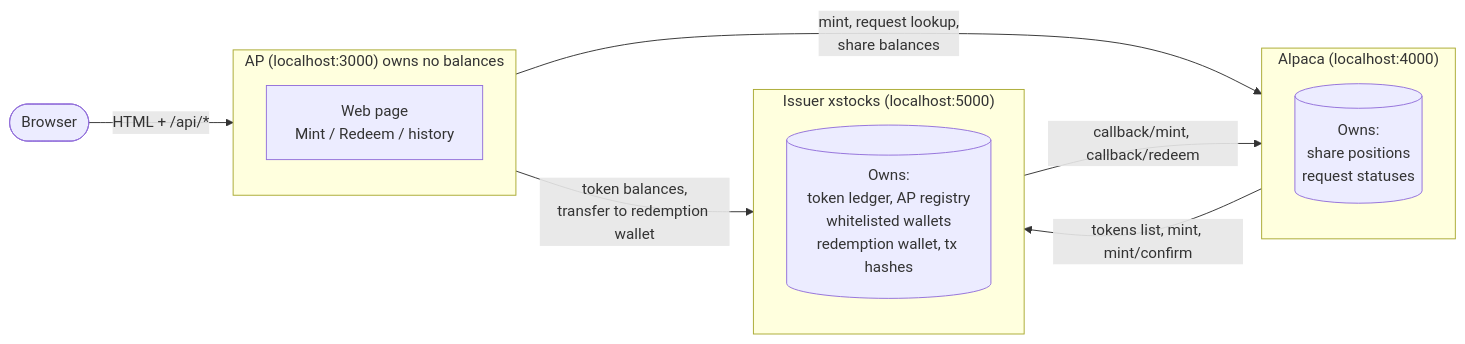
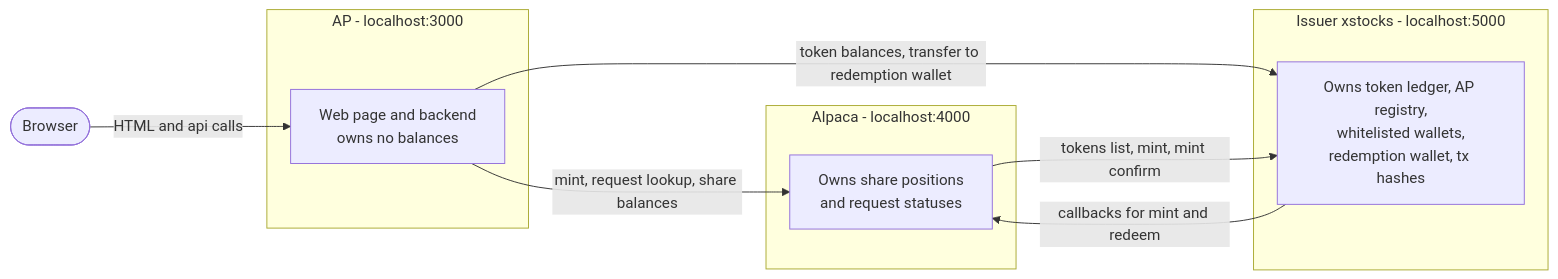
One commit to KarthikGandu/TOKKALABS changed the first of 5 diagrams in README.md. Above: the diagram before and after it, drawn with Mermaid.

Commit message:
docs: simplify architecture diagram so it renders on GitHub

````diff
--- a/README.md
+++ b/README.md
@@ -17,21 +17,22 @@
 ```mermaid
 flowchart LR
-    U([Browser]) -->|"HTML + /api/*"| AP
+    U([Browser])
 
-    subgraph AP["AP  (localhost:3000)  owns no balances"]
-        APUI["Web page<br/>Mint / Redeem / history"]
+    subgraph APS["AP - localhost:3000"]
+        APN["Web page and backend<br/>owns no balances"]
     end
 
-    subgraph AL["Alpaca  (localhost:4000)"]
-        ALD[("Owns:<br/>share positions<br/>request statuses")]
+    subgraph ALS["Alpaca - localhost:4000"]
+        ALN["Owns share positions<br/>and request statuses"]
     end
 
-    subgraph IS["Issuer xstocks  (localhost:5000)"]
-        ISD[("Owns:<br/>token ledger, AP registry<br/>whitelisted wallets<br/>redemption wallet, tx hashes")]
+    subgraph ISS["Issuer xstocks - localhost:5000"]
+        ISN["Owns token ledger, AP registry,<br/>whitelisted wallets,<br/>redemption wallet, tx hashes"]
     end
 
-    AP -->|"mint, request lookup,<br/>share balances"| AL
-    AP -->|"token balances,<br/>transfer to redemption wallet"| IS
-    AL -->|"tokens list, mint, mint/confirm"| IS
-    IS -->|"callback/mint, callback/redeem"| AL
+    U -->|"HTML and api calls"| APN
+    APN -->|"mint, request lookup, share balances"| ALN
+    APN -->|"token balances, transfer to redemption wallet"| ISN
+    ALN -->|"tokens list, mint, mint confirm"| ISN
+    ISN -->|"callbacks for mint and redeem"| ALN
 ```
````
